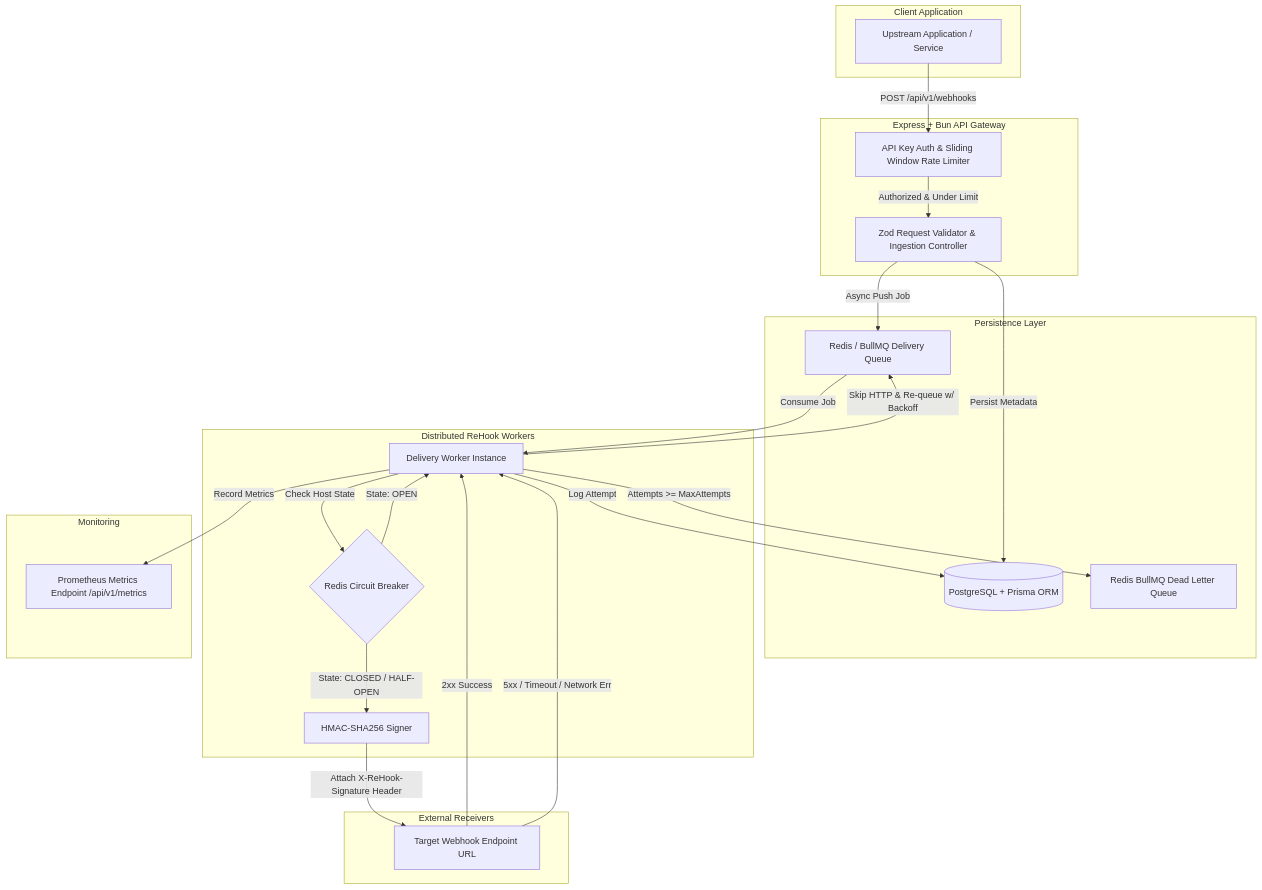
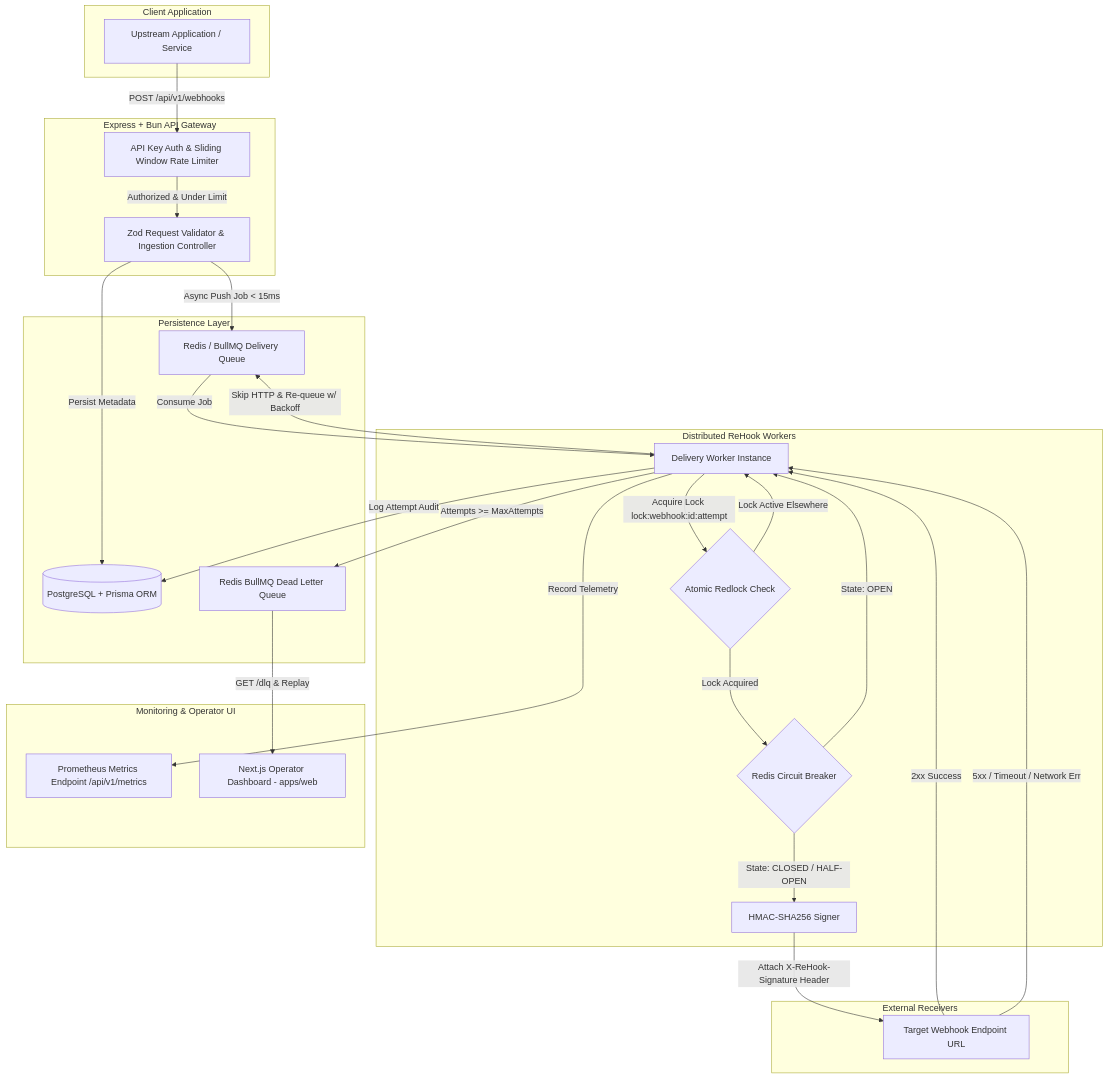
Before and after one commit to Lalithsha/ReHook: the diagram in README.md, drawn with Mermaid. The commit also changed other lines of this file and 3 other files, not shown here.

````diff
--- a/README.md
+++ b/README.md
@@ -56,52 +40,57 @@
 ```mermaid
 flowchart TD
     subgraph Client Application
         A[Upstream Application / Service]
     end
 
     subgraph API Layer [Express + Bun API Gateway]
         B[API Key Auth & Sliding Window Rate Limiter]
         C[Zod Request Validator & Ingestion Controller]
     end
 
     subgraph Storage & Queue [Persistence Layer]
         DB[(PostgreSQL + Prisma ORM)]
         Q[Redis / BullMQ Delivery Queue]
         DLQ_Q[Redis BullMQ Dead Letter Queue]
     end
 
     subgraph Worker Pool [Distributed ReHook Workers]
         W1[Delivery Worker Instance]
+        LOCK{Atomic Redlock Check}
         CB{Redis Circuit Breaker}
         SIG[HMAC-SHA256 Signer]
     end
 
     subgraph External Receivers
         REC[Target Webhook Endpoint URL]
     end
 
-    subgraph Monitoring
+    subgraph Monitoring & Operator UI
         PROM[Prometheus Metrics Endpoint /api/v1/metrics]
+        DASH[Next.js Operator Dashboard - apps/web]
     end
 
     A -->|POST /api/v1/webhooks| B
     B -->|Authorized & Under Limit| C
     C -->|Persist Metadata| DB
-    C -->|Async Push Job| Q
+    C -->|Async Push Job < 15ms| Q
     
     Q -->|Consume Job| W1
-    W1 -->|Check Host State| CB
+    W1 -->|Acquire Lock lock:webhook:id:attempt| LOCK
+    LOCK -->|Lock Acquired| CB
+    LOCK -->|Lock Active Elsewhere| W1
     
     CB -->|State: CLOSED / HALF-OPEN| SIG
     CB -->|State: OPEN| W1
     W1 -->|Skip HTTP & Re-queue w/ Backoff| Q
     
     SIG -->|Attach X-ReHook-Signature Header| REC
     REC -->|2xx Success| W1
     REC -->|5xx / Timeout / Network Err| W1
     
-    W1 -->|Log Attempt| DB
+    W1 -->|Log Attempt Audit| DB
     W1 -->|Attempts >= MaxAttempts| DLQ_Q
     
-    W1 -->|Record Metrics| PROM
+    DLQ_Q -->|GET /dlq & Replay| DASH
+    W1 -->|Record Telemetry| PROM
 ```
````
